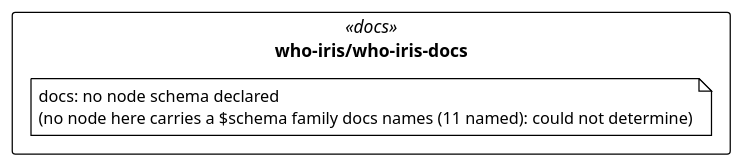
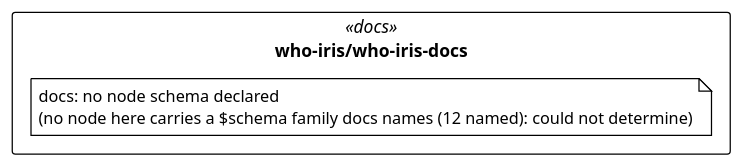
The diagram in cat-harness/uml/overview/who-iris/who-iris-docs.puml (litlfred/folio-assistant), drawn with PlantUML before and after one commit. The commit also changed 74 other files, not shown here.

```diff
--- a/cat-harness/uml/overview/who-iris/who-iris-docs.puml
+++ b/cat-harness/uml/overview/who-iris/who-iris-docs.puml
@@ -3,13 +3,13 @@
 @startuml who_iris_who_iris_docs
 !pragma layout elk
 !theme plain
 skinparam classAttributeIconSize 0
 skinparam shadowing false
 skinparam packageStyle rectangle
 hide empty methods
 
 package "who-iris/who-iris-docs" as pkg_who_iris_who_iris_docs <<docs>> {
-  note "docs: no node schema declared\n(no node here carries a $schema family docs names (11 named): could not determine)" as n_who_iris_who_iris_docs_docs
+  note "docs: no node schema declared\n(no node here carries a $schema family docs names (12 named): could not determine)" as n_who_iris_who_iris_docs_docs
 }
 
 @enduml
```
